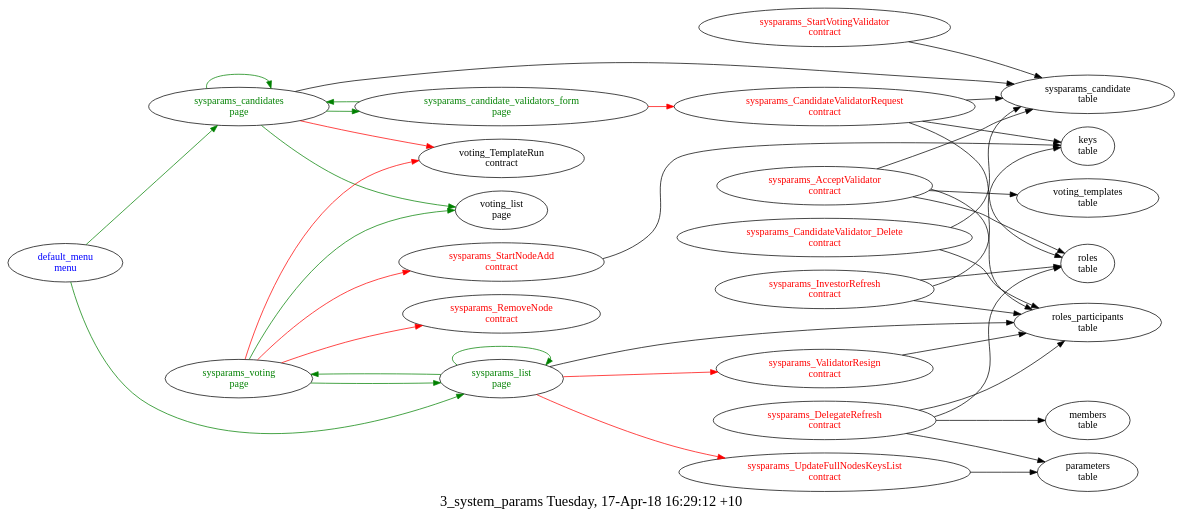
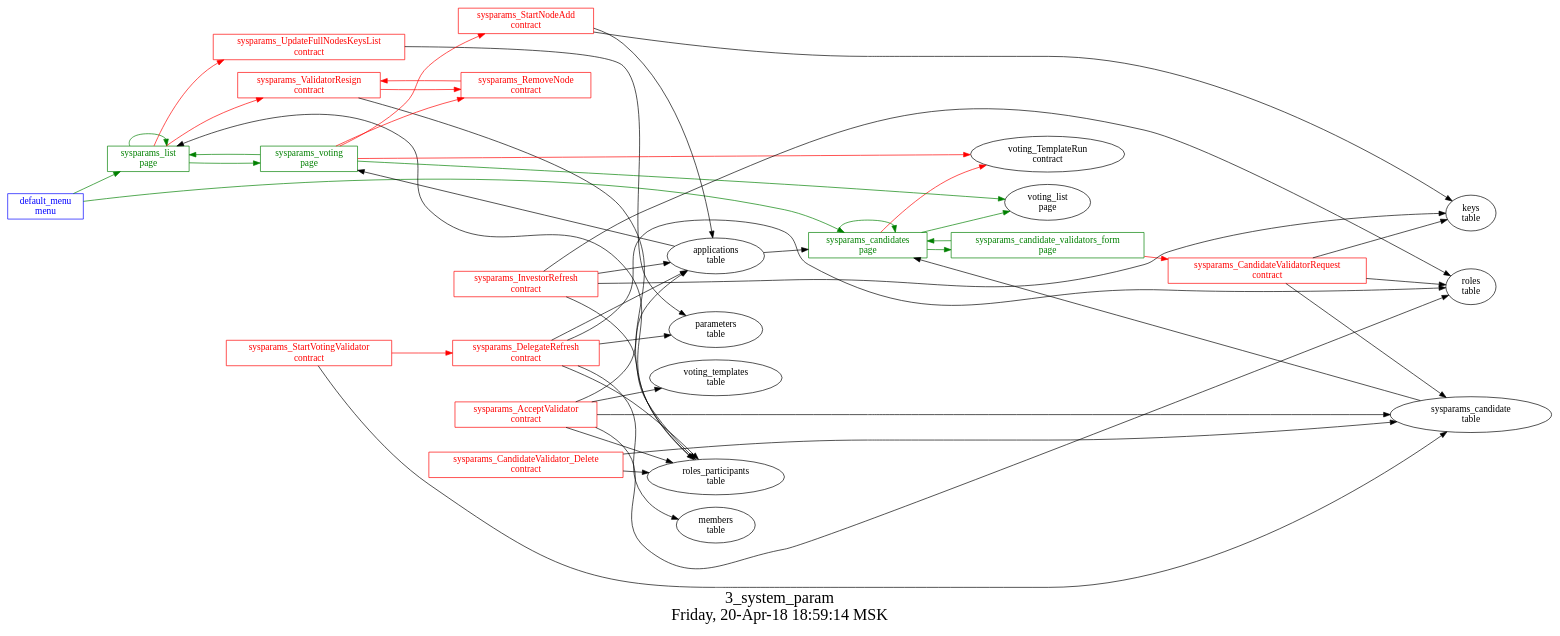
The diagram in src/basic/3_system_params/struct.dot (AplaProject/apps), drawn with Graphviz before and after one commit. The commit also changed 53 other files, not shown here.

```diff
--- a/src/basic/3_system_params/struct.dot
+++ b/src/basic/3_system_params/struct.dot
@@ -1,60 +1,74 @@
 digraph G {
-fontsize="20.0";
-label="3_system_params Tuesday, 17-Apr-18 16:29:12 +10";
-rankdir=LR;
-"sysparams_AcceptValidator\ncontract" -> "voting_templates\ntable"
-"sysparams_AcceptValidator\ncontract" -> "sysparams_candidate\ntable"
-"sysparams_AcceptValidator\ncontract" -> "roles_participants\ntable"
-"sysparams_AcceptValidator\ncontract" -> "roles\ntable"
-"sysparams_AcceptValidator\ncontract" [fontcolor=red, group=contracts];
-"sysparams_CandidateValidatorRequest\ncontract" -> "keys\ntable"
-"sysparams_CandidateValidatorRequest\ncontract" -> "roles\ntable"
-"sysparams_CandidateValidatorRequest\ncontract" -> "sysparams_candidate\ntable"
-"sysparams_CandidateValidatorRequest\ncontract" [fontcolor=red, group=contracts];
-"sysparams_CandidateValidator_Delete\ncontract" -> "sysparams_candidate\ntable"
-"sysparams_CandidateValidator_Delete\ncontract" -> "roles_participants\ntable"
-"sysparams_CandidateValidator_Delete\ncontract" [fontcolor=red, group=contracts];
-"sysparams_DelegateRefresh\ncontract" -> "roles\ntable"
-"sysparams_DelegateRefresh\ncontract" -> "parameters\ntable"
-"sysparams_DelegateRefresh\ncontract" -> "roles_participants\ntable"
-"sysparams_DelegateRefresh\ncontract" -> "members\ntable"
-"sysparams_DelegateRefresh\ncontract" [fontcolor=red, group=contracts];
-"sysparams_InvestorRefresh\ncontract" -> "roles\ntable"
-"sysparams_InvestorRefresh\ncontract" -> "keys\ntable"
-"sysparams_InvestorRefresh\ncontract" -> "roles_participants\ntable"
-"sysparams_InvestorRefresh\ncontract" [fontcolor=red, group=contracts];
-"sysparams_RemoveNode\ncontract" [fontcolor=red, group=contracts];
-"sysparams_StartNodeAdd\ncontract" -> "keys\ntable"
-"sysparams_StartNodeAdd\ncontract" [fontcolor=red, group=contracts];
-"sysparams_StartVotingValidator\ncontract" -> "sysparams_candidate\ntable"
-"sysparams_StartVotingValidator\ncontract" [fontcolor=red, group=contracts];
-"sysparams_UpdateFullNodesKeysList\ncontract" -> "parameters\ntable"
-"sysparams_UpdateFullNodesKeysList\ncontract" [fontcolor=red, group=contracts];
-"sysparams_ValidatorResign\ncontract" -> "roles_participants\ntable"
-"sysparams_ValidatorResign\ncontract" [fontcolor=red, group=contracts];
+graph [
+  fontsize="24";
+  label="3_system_param\nFriday, 20-Apr-18 18:59:14 MSK";
+  nojustify=true;
+  ordering=out;
+  rankdir=LR;
+  size="30";
+];
 "default_menu\nmenu" -> "sysparams_list\npage"  [ color=green ]
 "default_menu\nmenu" -> "sysparams_candidates\npage"  [ color=green ]
-"default_menu\nmenu" [fontcolor=blue, group=menus];
+"default_menu\nmenu" [color=blue, fontcolor=blue, group=menus, shape=record];
 "sysparams_candidate_validators_form\npage" -> "sysparams_CandidateValidatorRequest\ncontract"  [ color=red ]
 "sysparams_candidate_validators_form\npage" -> "sysparams_candidates\npage"  [ color=green ]
-"sysparams_candidate_validators_form\npage" [fontcolor=green, group=pages];
+"sysparams_candidate_validators_form\npage" [color=green, fontcolor=green, group=pages, shape=record];
 "sysparams_candidates\npage" -> "voting_TemplateRun\ncontract"  [ color=red ]
-"sysparams_candidates\npage" -> "sysparams_candidate\ntable"
+"applications\ntable" -> "sysparams_candidates\npage"  [ color="" ]
+"sysparams_candidate\ntable" -> "sysparams_candidates\npage"  [ color="" ]
 "sysparams_candidates\npage" -> "voting_list\npage"  [ color=green ]
 "sysparams_candidates\npage" -> "sysparams_candidates\npage"  [ color=green ]
 "sysparams_candidates\npage" -> "sysparams_candidate_validators_form\npage"  [ color=green ]
-"sysparams_candidates\npage" [fontcolor=green, group=pages];
+"sysparams_candidates\npage" [color=green, fontcolor=green, group=pages, shape=record];
 "sysparams_list\npage" -> "sysparams_UpdateFullNodesKeysList\ncontract"  [ color=red ]
 "sysparams_list\npage" -> "sysparams_ValidatorResign\ncontract"  [ color=red ]
-"sysparams_list\npage" -> "roles_participants\ntable"
+"roles_participants\ntable" -> "sysparams_list\npage"  [ color="" ]
 "sysparams_list\npage" -> "sysparams_voting\npage"  [ color=green ]
 "sysparams_list\npage" -> "sysparams_list\npage"  [ color=green ]
-"sysparams_list\npage" [fontcolor=green, group=pages];
+"sysparams_list\npage" [color=green, fontcolor=green, group=pages, shape=record];
 "sysparams_voting\npage" -> "sysparams_StartNodeAdd\ncontract"  [ color=red ]
 "sysparams_voting\npage" -> "sysparams_RemoveNode\ncontract"  [ color=red ]
 "sysparams_voting\npage" -> "voting_TemplateRun\ncontract"  [ color=red ]
+"applications\ntable" -> "sysparams_voting\npage"  [ color="" ]
 "sysparams_voting\npage" -> "sysparams_list\npage"  [ color=green ]
 "sysparams_voting\npage" -> "voting_list\npage"  [ color=green ]
-"sysparams_voting\npage" [fontcolor=green, group=pages];
-"sysparams_candidate\ntable" [group=tables];
+"sysparams_voting\npage" [color=green, fontcolor=green, group=pages, shape=record];
+"sysparams_AcceptValidator\ncontract" -> "applications\ntable"  [ color="" ]
+"sysparams_AcceptValidator\ncontract" -> "voting_templates\ntable"  [ color="" ]
+"sysparams_AcceptValidator\ncontract" -> "sysparams_candidate\ntable"  [ color="" ]
+"sysparams_AcceptValidator\ncontract" -> "roles_participants\ntable"  [ color="" ]
+"sysparams_AcceptValidator\ncontract" -> "roles\ntable"  [ color="" ]
+"sysparams_AcceptValidator\ncontract" [color=red, fontcolor=red, group=contracts, shape=record];
+"sysparams_CandidateValidatorRequest\ncontract" -> "keys\ntable"  [ color="" ]
+"sysparams_CandidateValidatorRequest\ncontract" -> "roles\ntable"  [ color="" ]
+"sysparams_CandidateValidatorRequest\ncontract" -> "sysparams_candidate\ntable"  [ color="" ]
+"sysparams_CandidateValidatorRequest\ncontract" [color=red, fontcolor=red, group=contracts, shape=record];
+"sysparams_CandidateValidator_Delete\ncontract" -> "sysparams_candidate\ntable"  [ color="" ]
+"sysparams_CandidateValidator_Delete\ncontract" -> "roles_participants\ntable"  [ color="" ]
+"sysparams_CandidateValidator_Delete\ncontract" [color=red, fontcolor=red, group=contracts, shape=record];
+"sysparams_DelegateRefresh\ncontract" -> "roles\ntable"  [ color="" ]
+"sysparams_DelegateRefresh\ncontract" -> "applications\ntable"  [ color="" ]
+"sysparams_DelegateRefresh\ncontract" -> "parameters\ntable"  [ color="" ]
+"sysparams_DelegateRefresh\ncontract" -> "roles_participants\ntable"  [ color="" ]
+"sysparams_DelegateRefresh\ncontract" -> "members\ntable"  [ color="" ]
+"sysparams_DelegateRefresh\ncontract" [color=red, fontcolor=red, group=contracts, shape=record];
+"sysparams_InvestorRefresh\ncontract" -> "roles\ntable"  [ color="" ]
+"sysparams_InvestorRefresh\ncontract" -> "applications\ntable"  [ color="" ]
+"sysparams_InvestorRefresh\ncontract" -> "keys\ntable"  [ color="" ]
+"sysparams_InvestorRefresh\ncontract" -> "roles_participants\ntable"  [ color="" ]
+"sysparams_InvestorRefresh\ncontract" [color=red, fontcolor=red, group=contracts, shape=record];
+"sysparams_RemoveNode\ncontract" -> "sysparams_ValidatorResign\ncontract"  [ color=red ]
+"sysparams_RemoveNode\ncontract" [color=red, fontcolor=red, group=contracts, shape=record];
+"sysparams_StartNodeAdd\ncontract" -> "keys\ntable"  [ color="" ]
+"sysparams_StartNodeAdd\ncontract" -> "applications\ntable"  [ color="" ]
+"sysparams_StartNodeAdd\ncontract" [color=red, fontcolor=red, group=contracts, shape=record];
+"sysparams_StartVotingValidator\ncontract" -> "sysparams_DelegateRefresh\ncontract"  [ color=red ]
+"sysparams_StartVotingValidator\ncontract" -> "sysparams_candidate\ntable"  [ color="" ]
+"sysparams_StartVotingValidator\ncontract" [color=red, fontcolor=red, group=contracts, shape=record];
+"sysparams_UpdateFullNodesKeysList\ncontract" -> "parameters\ntable"  [ color="" ]
+"sysparams_UpdateFullNodesKeysList\ncontract" [color=red, fontcolor=red, group=contracts, shape=record];
+"sysparams_ValidatorResign\ncontract" -> "sysparams_RemoveNode\ncontract"  [ color=red ]
+"sysparams_ValidatorResign\ncontract" -> "roles_participants\ntable"  [ color="" ]
+"sysparams_ValidatorResign\ncontract" [color=red, fontcolor=red, group=contracts, shape=record];
+"sysparams_candidate\ntable" [color="", fontcolor="", group=tables, shape=""];
 }
```
